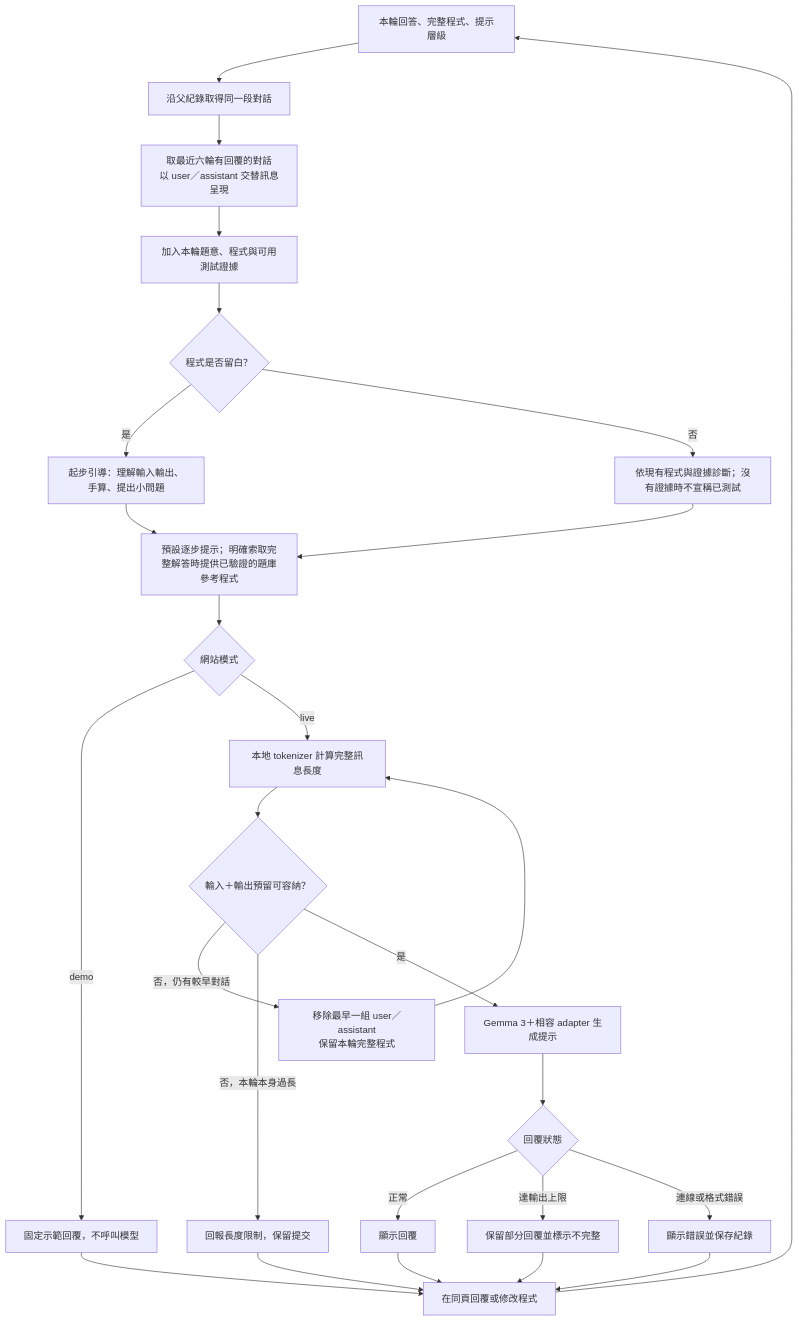
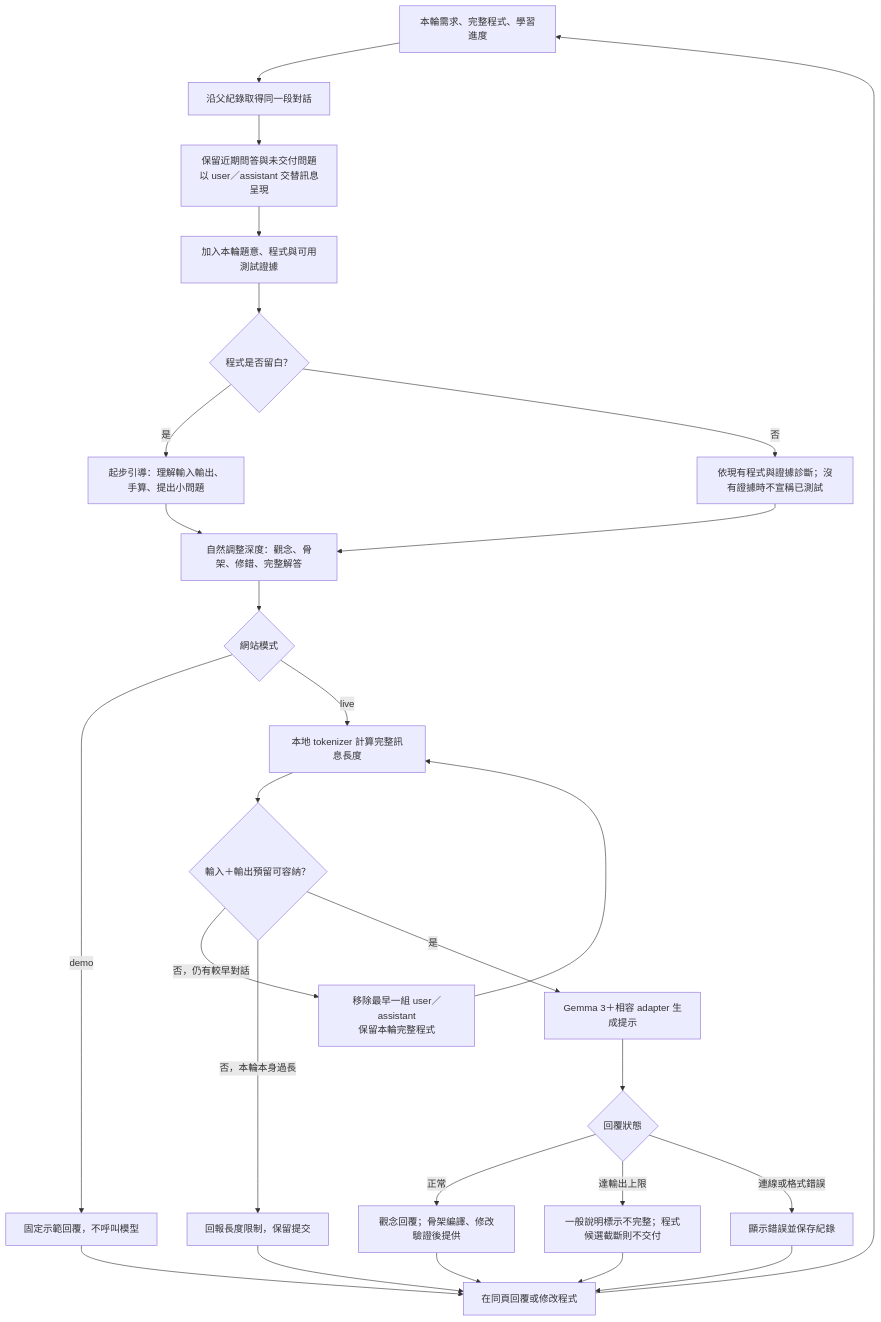
Before and after one commit to yuu1026/CPE-Coach: the fourth of 6 diagrams in docs/FLOWCHARTS.md, drawn with Mermaid. The commit also changed other lines of this file and 29 other files, not shown here.

````diff
--- a/docs/FLOWCHARTS.md
+++ b/docs/FLOWCHARTS.md
@@ -84,29 +84,29 @@
 ```mermaid
 flowchart TD
-    A["本輪回答、完整程式、提示層級"] --> B["沿父紀錄取得同一段對話"]
-    B --> C["取最近六輪有回覆的對話<br/>以 user／assistant 交替訊息呈現"]
+    A["本輪需求、完整程式、學習進度"] --> B["沿父紀錄取得同一段對話"]
+    B --> C["保留近期問答與未交付問題<br/>以 user／assistant 交替訊息呈現"]
     C --> D["加入本輪題意、程式與可用測試證據"]
     D --> E{"程式是否留白？"}
     E -->|是| F["起步引導：理解輸入輸出、手算、提出小問題"]
     E -->|否| G["依現有程式與證據診斷；沒有證據時不宣稱已測試"]
-    F --> H["預設逐步提示；明確索取完整解答時提供已驗證的題庫參考程式"]
+    F --> H["自然調整深度：觀念、骨架、修錯、完整解答"]
     G --> H
     H --> I{"網站模式"}
     I -->|demo| J["固定示範回覆，不呼叫模型"]
     I -->|live| K["本地 tokenizer 計算完整訊息長度"]
     K --> L{"輸入＋輸出預留可容納？"}
     L -->|否，仍有較早對話| M["移除最早一組 user／assistant<br/>保留本輪完整程式"]
     M --> K
     L -->|否，本輪本身過長| N["回報長度限制，保留提交"]
     L -->|是| O["Gemma 3＋相容 adapter 生成提示"]
     O --> P{"回覆狀態"}
-    P -->|正常| Q["顯示回覆"]
-    P -->|達輸出上限| R["保留部分回覆並標示不完整"]
+    P -->|正常| Q["觀念回覆；骨架編譯、修改驗證後提供"]
+    P -->|達輸出上限| R["一般說明標示不完整；程式候選截斷則不交付"]
     P -->|連線或格式錯誤| S["顯示錯誤並保存紀錄"]
     J --> T["在同頁回覆或修改程式"]
     Q --> T
     R --> T
     S --> T
     N --> T
     T --> A
 ```
````
